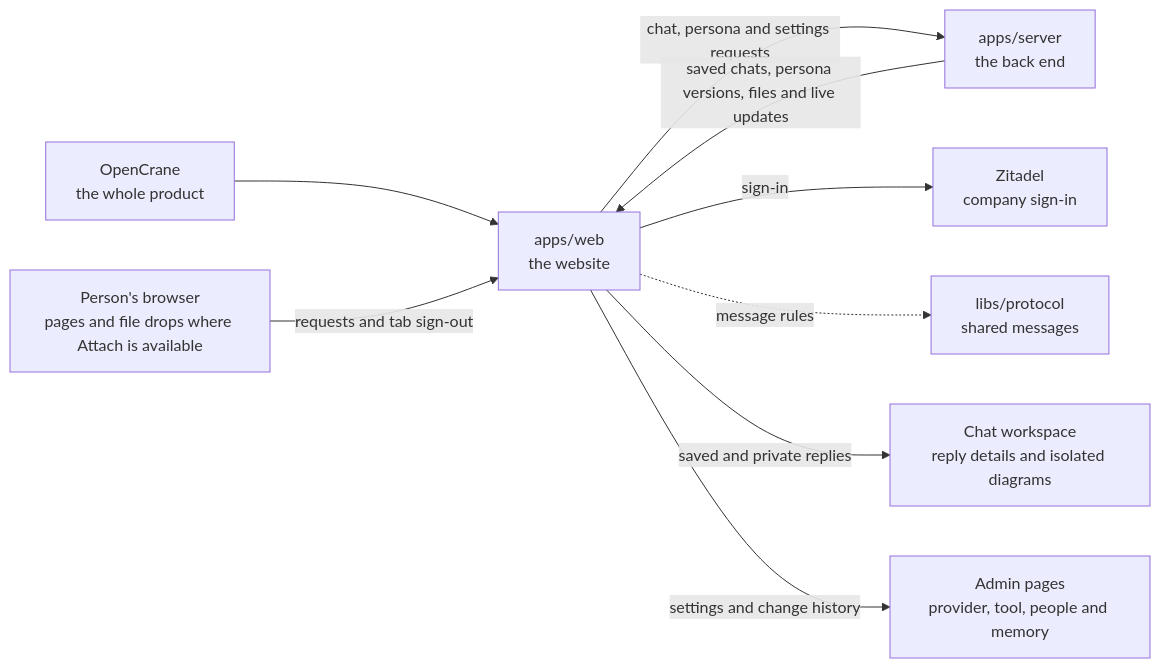
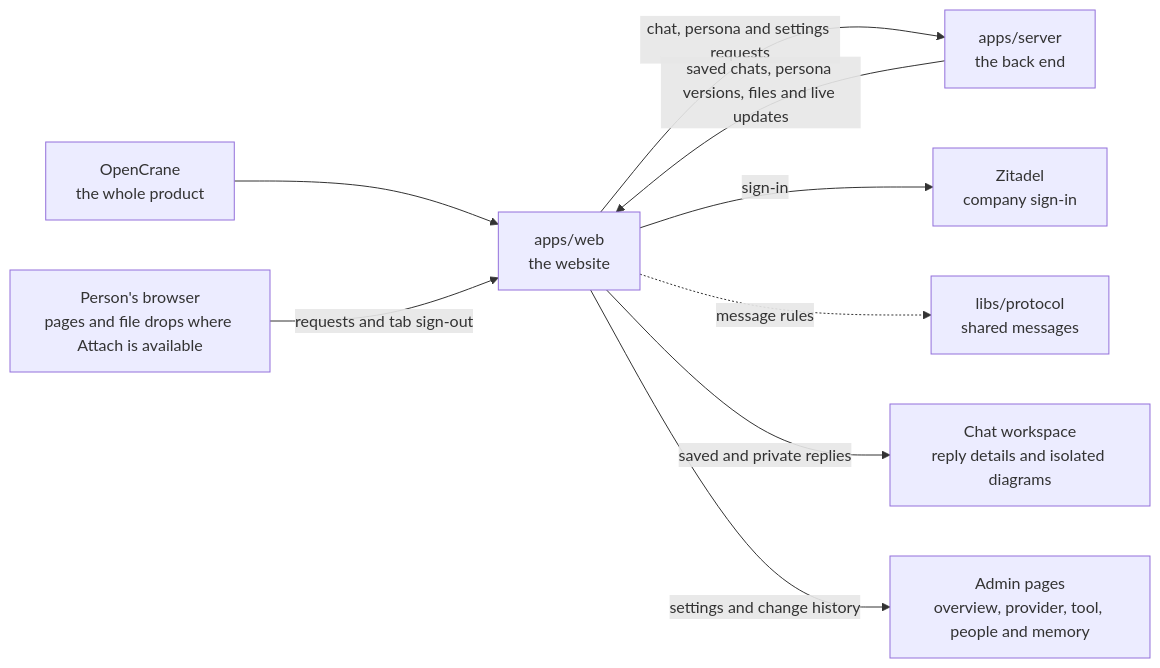
One commit to elewa-git/opencrane-new changed the diagram in apps/web/README.md. Above: the diagram before and after it, drawn with Mermaid. The commit also changed other lines of this file and 34 other files, not shown here.

````diff
--- a/apps/web/README.md
+++ b/apps/web/README.md
@@ -16,11 +16,11 @@
 ```mermaid
 flowchart LR
   system["OpenCrane<br/>the whole product"] --> web["apps/web<br/>the website"]
   browser["Person's browser<br/>pages and file drops where Attach is available"] -->|requests and tab sign-out| web
   web -->|chat, persona and settings requests| server["apps/server<br/>the back end"]
   server -->|saved chats, persona versions, files and live updates| web
   web -->|sign-in| zitadel["Zitadel<br/>company sign-in"]
   web -.->|message rules| protocol["libs/protocol<br/>shared messages"]
   web -->|saved and private replies| capture["Chat workspace<br/>reply details and isolated diagrams"]
-  web -->|settings and change history| admin["Admin pages<br/>provider, tool, people and memory"]
+  web -->|settings and change history| admin["Admin pages<br/>overview, provider, tool, people and memory"]
 ```
````
